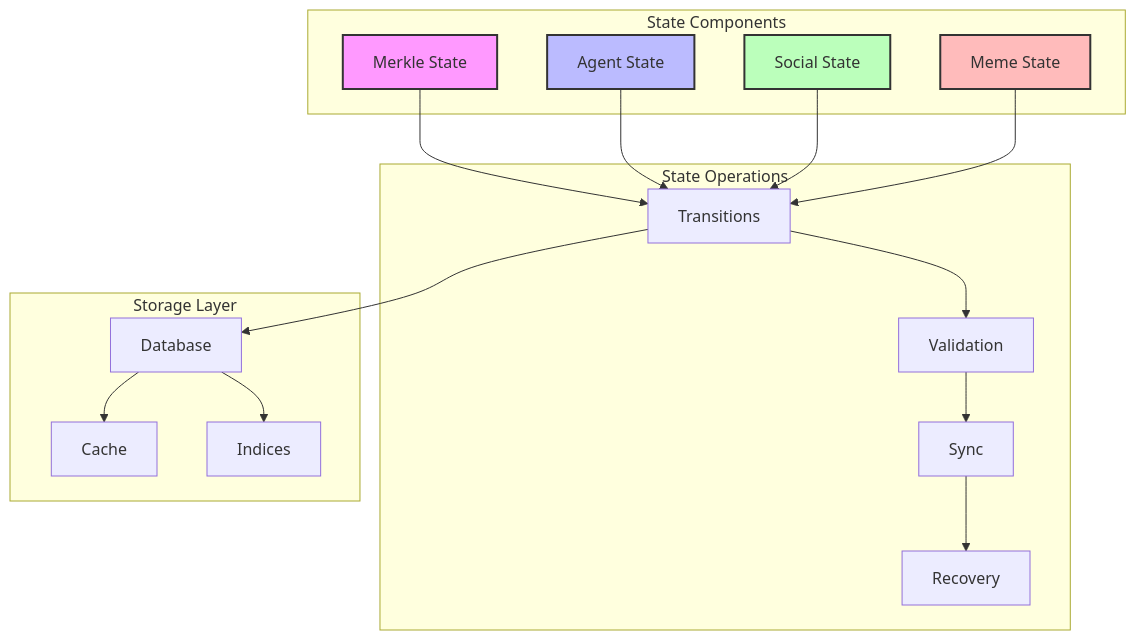
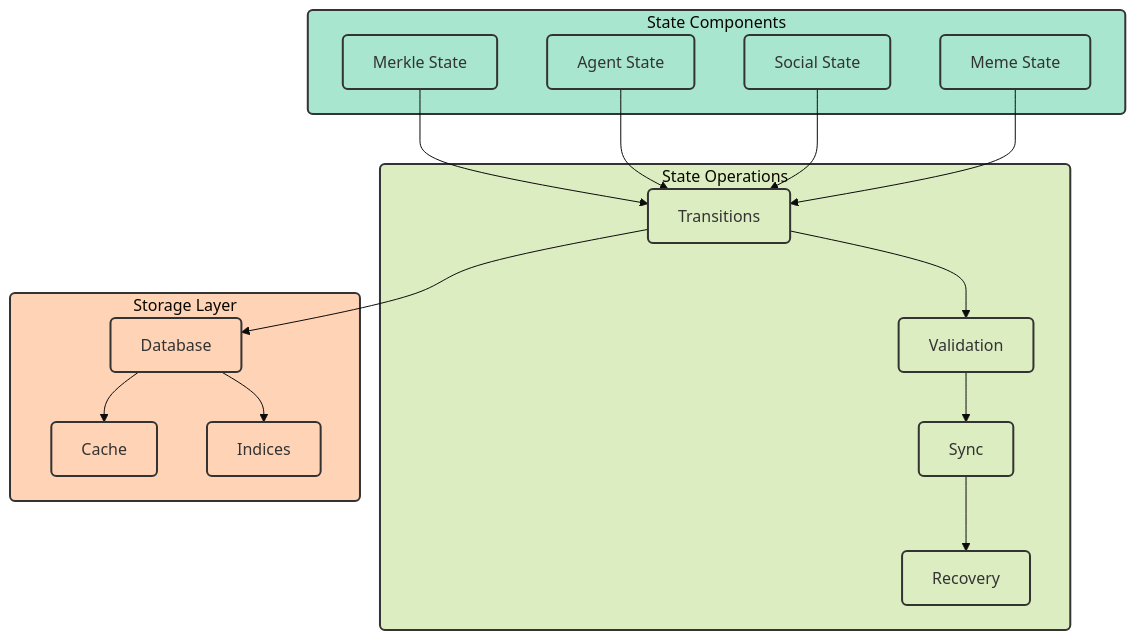
One commit to SumeetChougule/chaoschain changed the fourth of 6 diagrams in docs/introduction/architecture.md. Above: the diagram before and after it, drawn with Mermaid. The commit also changed other lines of this file, not shown here.

Commit message:
Update architecture diagrams with clean, professional design for workshop presentation

````diff
--- a/docs/introduction/architecture.md
+++ b/docs/introduction/architecture.md
@@ -138,43 +131,43 @@
 ```mermaid
+%%{init: {'theme': 'base', 'themeVariables': { 'fontSize': '16px', 'fontFamily': 'arial' }}}%%
 flowchart TB
     subgraph State["State Components"]
-        MS[Merkle State]
-        AS[Agent State]
-        SS[Social State]
-        MMS[Meme State]
+        MS["Merkle State"]
+        AS["Agent State"]
+        SS["Social State"]
+        MMS["Meme State"]
     end
     
     subgraph Ops["State Operations"]
-        T[Transitions]
-        V[Validation]
-        S[Sync]
-        R[Recovery]
+        T["Transitions"]
+        V["Validation"]
+        S["Sync"]
+        R["Recovery"]
     end
     
     subgraph Storage["Storage Layer"]
-        DB[Database]
-        C[Cache]
-        I[Indices]
+        DB["Database"]
+        C["Cache"]
+        I["Indices"]
     end
     
     MS --> T
     AS --> T
     SS --> T
     MMS --> T
     T --> V
     V --> S
     S --> R
     T --> DB
     DB --> C
     DB --> I
     
-    classDef merkle fill:#f9f,stroke:#333,stroke-width:2px
-    classDef agent fill:#bbf,stroke:#333,stroke-width:2px
-    classDef social fill:#bfb,stroke:#333,stroke-width:2px
-    classDef meme fill:#fbb,stroke:#333,stroke-width:2px
+    classDef default fill:#f8f9fa,stroke:#333,stroke-width:2px,rx:5,ry:5
+    classDef state fill:#a8e6cf,stroke:#333,stroke-width:2px,rx:5,ry:5
+    classDef ops fill:#dcedc1,stroke:#333,stroke-width:2px,rx:5,ry:5
+    classDef storage fill:#ffd3b6,stroke:#333,stroke-width:2px,rx:5,ry:5
     
-    class MS merkle
-    class AS agent
-    class SS social
-    class MMS meme
+    class MS,AS,SS,MMS,State state
+    class T,V,S,R,Ops ops
+    class DB,C,I,Storage storage
 ```
````
